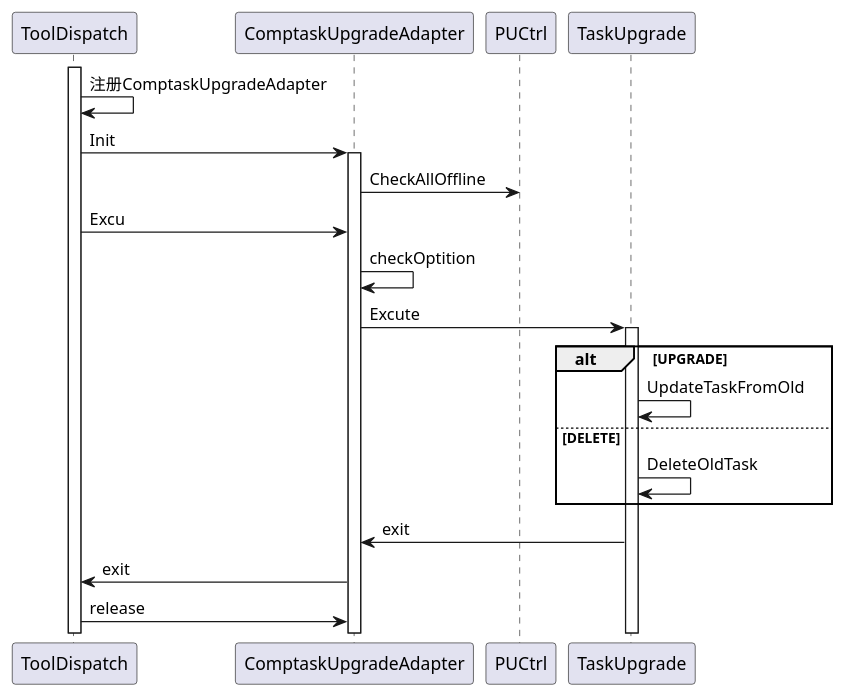
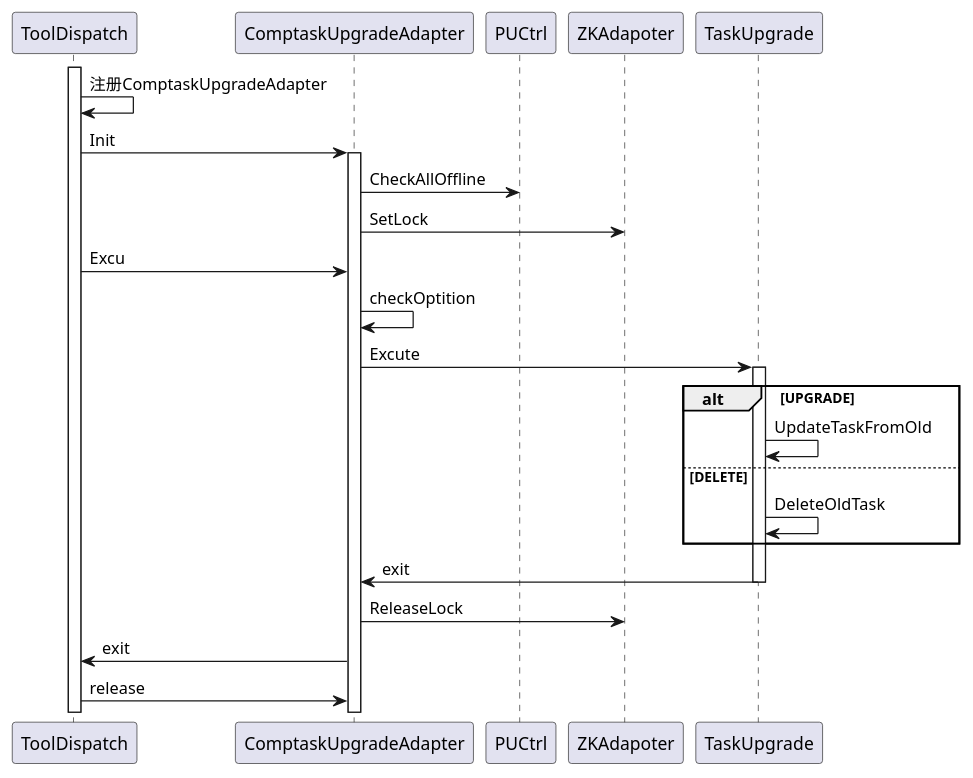
Before and after one commit to HarpsealCC/note: diagram 21 of 24 in 东方国信工作资料/compaction/Compaction任务升级方案.md, drawn with PlantUML. The commit also changed other lines of this file, not shown here.

````diff
--- a/东方国信工作资料/compaction/Compaction任务升级方案.md
+++ b/东方国信工作资料/compaction/Compaction任务升级方案.md
@@ -561,21 +575,24 @@
 ```plantuml
 @startuml
 activate ToolDispatch
 ToolDispatch-> ToolDispatch : 注册ComptaskUpgradeAdapter
 ToolDispatch -> ComptaskUpgradeAdapter :  Init
 activate ComptaskUpgradeAdapter
 ComptaskUpgradeAdapter -> PUCtrl : CheckAllOffline
+ComptaskUpgradeAdapter -> ZKAdapoter: SetLock
 ToolDispatch -> ComptaskUpgradeAdapter :  Excu
 ComptaskUpgradeAdapter -> ComptaskUpgradeAdapter : checkOptition
 ComptaskUpgradeAdapter -> TaskUpgrade : Excute
 activate TaskUpgrade
 alt UPGRADE
 TaskUpgrade -> TaskUpgrade:UpdateTaskFromOld
 else DELETE
 TaskUpgrade -> TaskUpgrade:DeleteOldTask
 end
 TaskUpgrade -> ComptaskUpgradeAdapter: exit
+deactivate TaskUpgrade
+ComptaskUpgradeAdapter -> ZKAdapoter: ReleaseLock
 ComptaskUpgradeAdapter -> ToolDispatch : exit
 ToolDispatch -> ComptaskUpgradeAdapter: release
 @enduml
 ```
````
